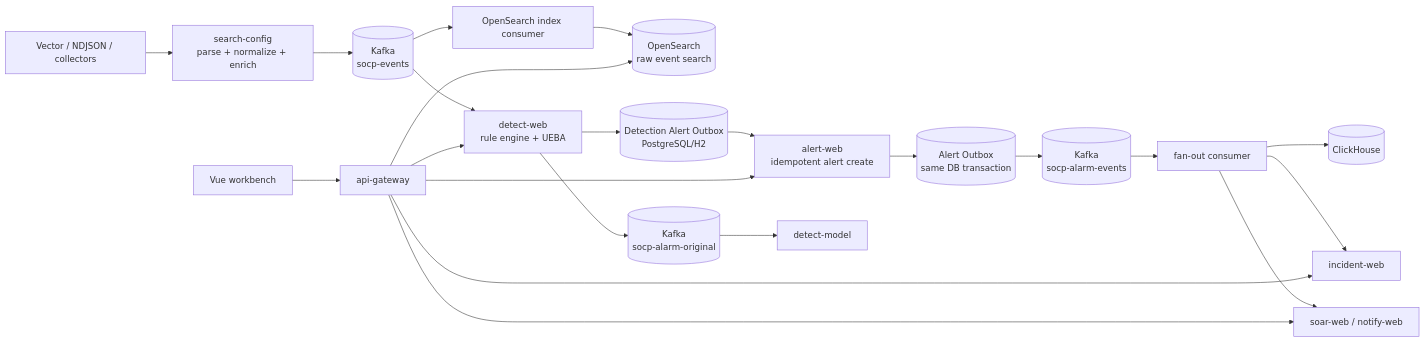
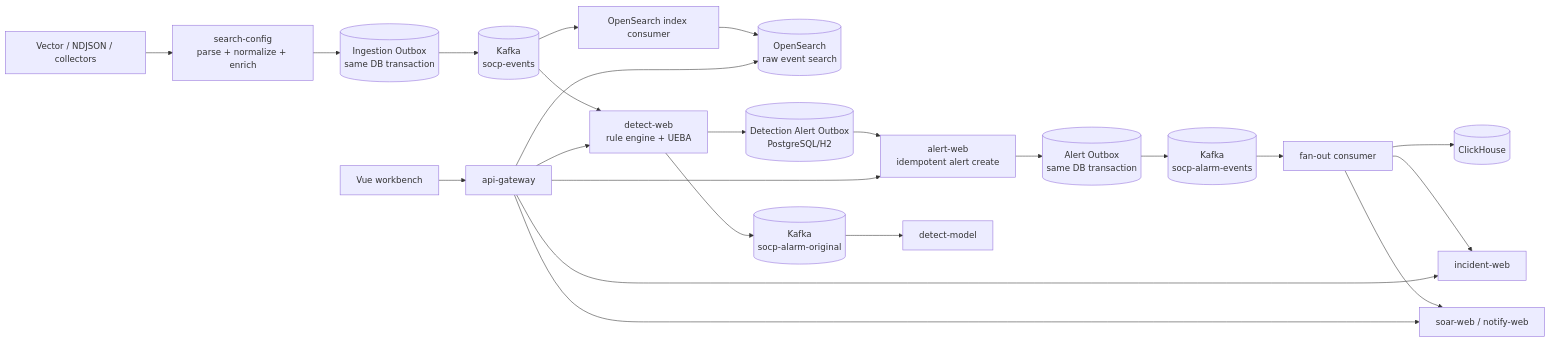
One commit to VincentXR/socp-siem changed the diagram in docs/architecture.md. Above: the diagram before and after it, drawn with Mermaid. The commit also changed other lines of this file and 27 other files, not shown here.

````diff
--- a/docs/architecture.md
+++ b/docs/architecture.md
@@ -9,24 +9,25 @@
 ```mermaid
 flowchart LR
   S[Vector / NDJSON / collectors] --> P[search-config<br/>parse + normalize + enrich]
-  P --> K[(Kafka<br/>socp-events)]
+  P --> IO[(Ingestion Outbox<br/>same DB transaction)]
+  IO --> K[(Kafka<br/>socp-events)]
   K --> D[detect-web<br/>rule engine + UEBA]
   K --> IX[OpenSearch index consumer]
   IX --> OS[(OpenSearch<br/>raw event search)]
   D --> DO[(Detection Alert Outbox<br/>PostgreSQL/H2)]
   DO --> A[alert-web<br/>idempotent alert create]
   A --> AO[(Alert Outbox<br/>same DB transaction)]
   AO --> AK[(Kafka<br/>socp-alarm-events)]
   AK --> FAN[fan-out consumer]
   FAN --> CK[(ClickHouse)]
   FAN --> I[incident-web]
   FAN --> R[soar-web / notify-web]
   D --> DM[(Kafka<br/>socp-alarm-original)]
   DM --> M[detect-model]
   UI[Vue workbench] --> GW[api-gateway]
   GW --> D
   GW --> A
   GW --> OS
   GW --> I
   GW --> R
 ```
````
